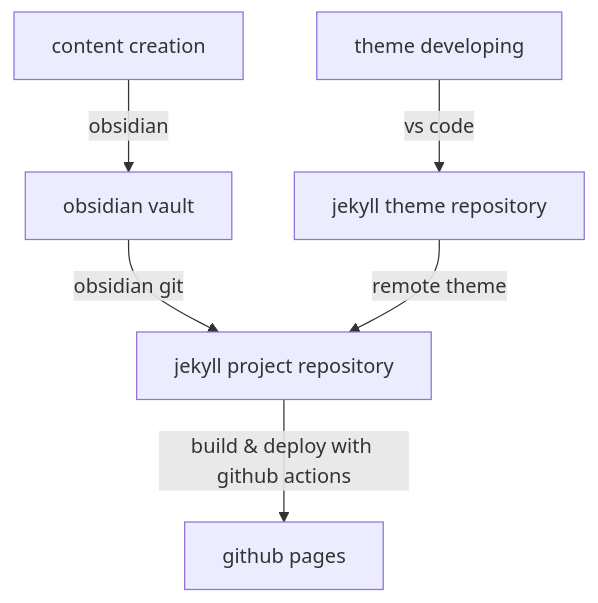
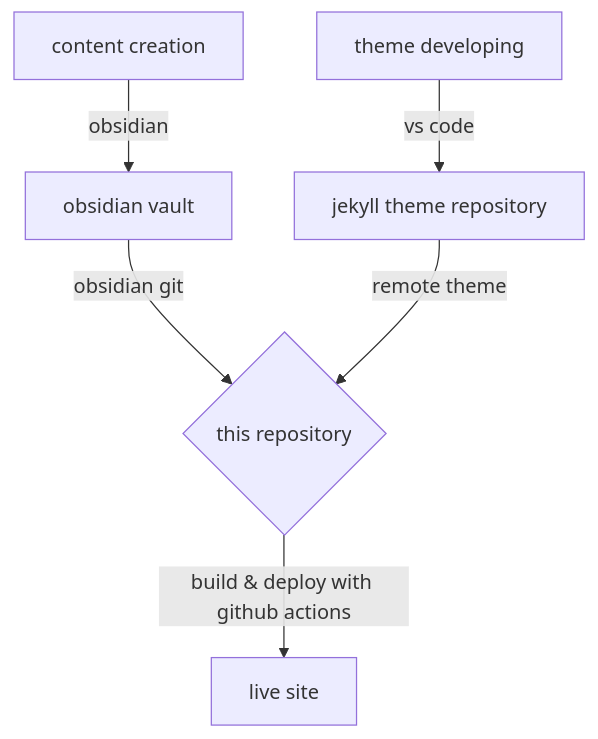
One commit to feeshy/feeshy.github.io changed the diagram in README.md. Above: the diagram before and after it, drawn with Mermaid. The commit also changed other lines of this file and 1 other file, not shown here.

Commit message:
vault backup: 2024-05-16 19:02:46
Affected files:
README.md
lists/_posts/2016-07-13-compact-phones.md

````diff
--- a/README.md
+++ b/README.md
@@ -10,6 +10,6 @@
 ```mermaid
 flowchart TD
-A[content creation] -->|obsidian| B[obsidian vault] -->|obsidian git| C[jekyll project repository]
+A[content creation] -->|obsidian| B[obsidian vault] -->|obsidian git| C{this repository}
 D[theme developing] -->|vs code| E[jekyll theme repository] -->|remote theme| C
-C -->|build & deploy with github actions| F[github pages]
+C -->|build & deploy with github actions| F[live site]
 ```
````
